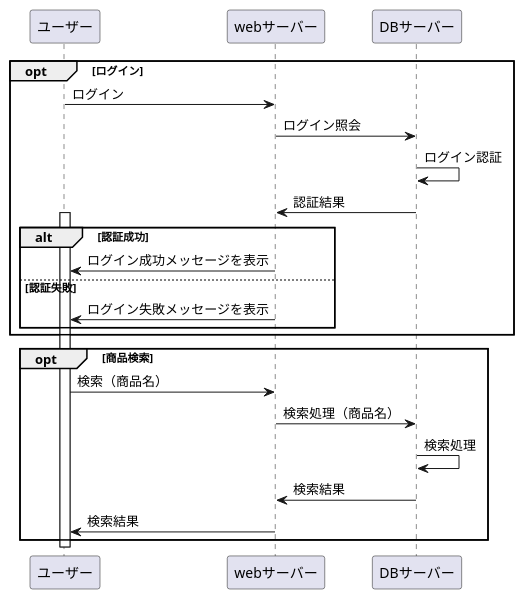
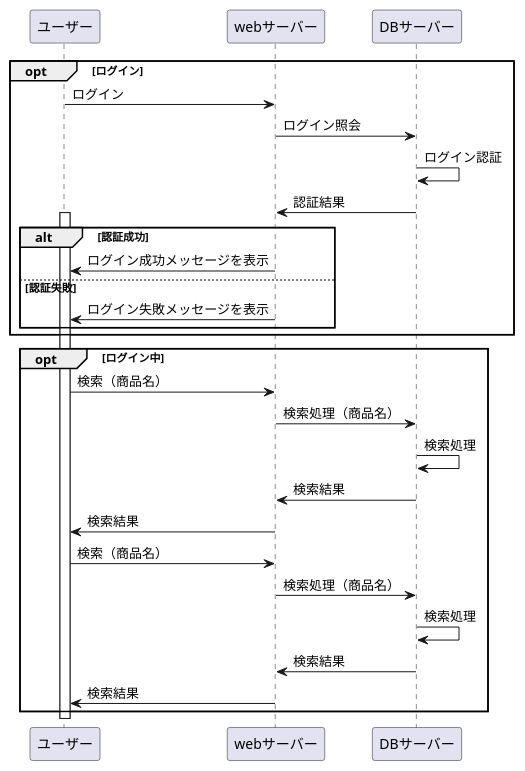
Before and after one commit to Aso2001025/2021-sys-design: the diagram in sample.md, drawn with PlantUML.

````diff
--- a/sample.md
+++ b/sample.md
@@ -1,28 +1,34 @@
 ```uml
   @startuml
     opt ログイン
       ユーザー -> webサーバー: ログイン
       webサーバー -> DBサーバー: ログイン照会
       DBサーバー -> DBサーバー: ログイン認証
       DBサーバー -> webサーバー: 認証結果
       activate ユーザー
       alt 認証成功
         webサーバー -> ユーザー: ログイン成功メッセージを表示
       else 認証失敗
         webサーバー -> ユーザー: ログイン失敗メッセージを表示
       end
      end
      
     
-    opt 商品検索
+    opt ログイン中
+      ユーザー -> webサーバー: 検索（商品名）
+      webサーバー -> DBサーバー: 検索処理（商品名）
+      DBサーバー -> DBサーバー: 検索処理
+      DBサーバー -> webサーバー: 検索結果
+      webサーバー -> ユーザー: 検索結果
+      
       ユーザー -> webサーバー: 検索（商品名）
       webサーバー -> DBサーバー: 検索処理（商品名）
       DBサーバー -> DBサーバー: 検索処理
       DBサーバー -> webサーバー: 検索結果
       webサーバー -> ユーザー: 検索結果
     end
     
     deactivate ユーザー
     
   @enduml
 ```
````
